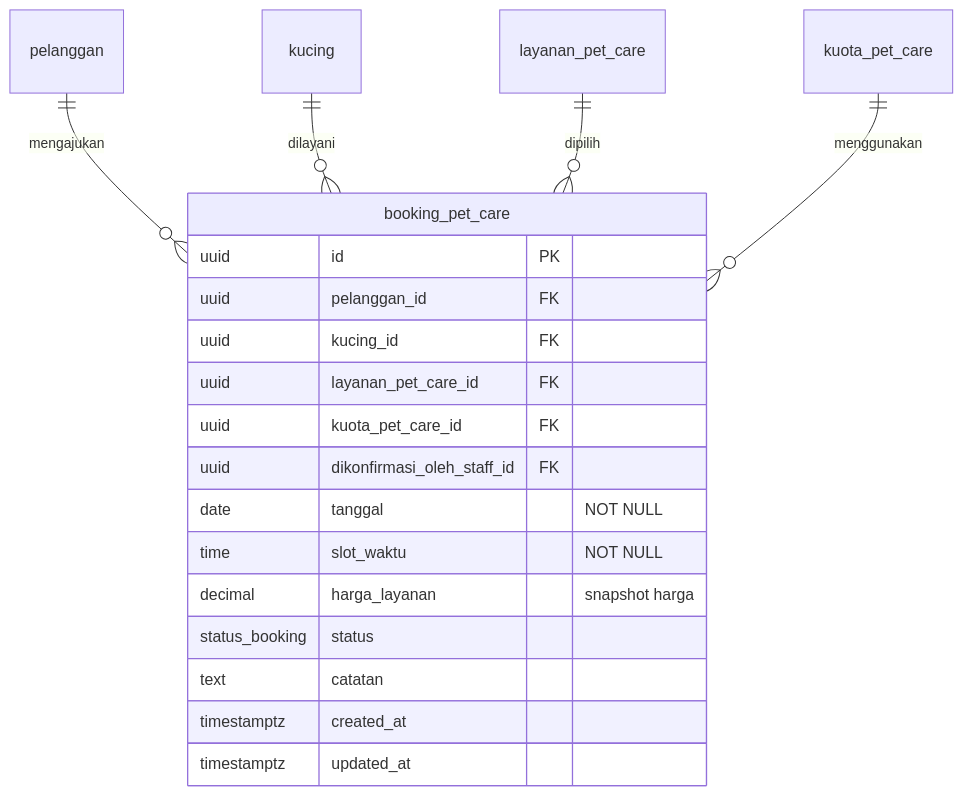
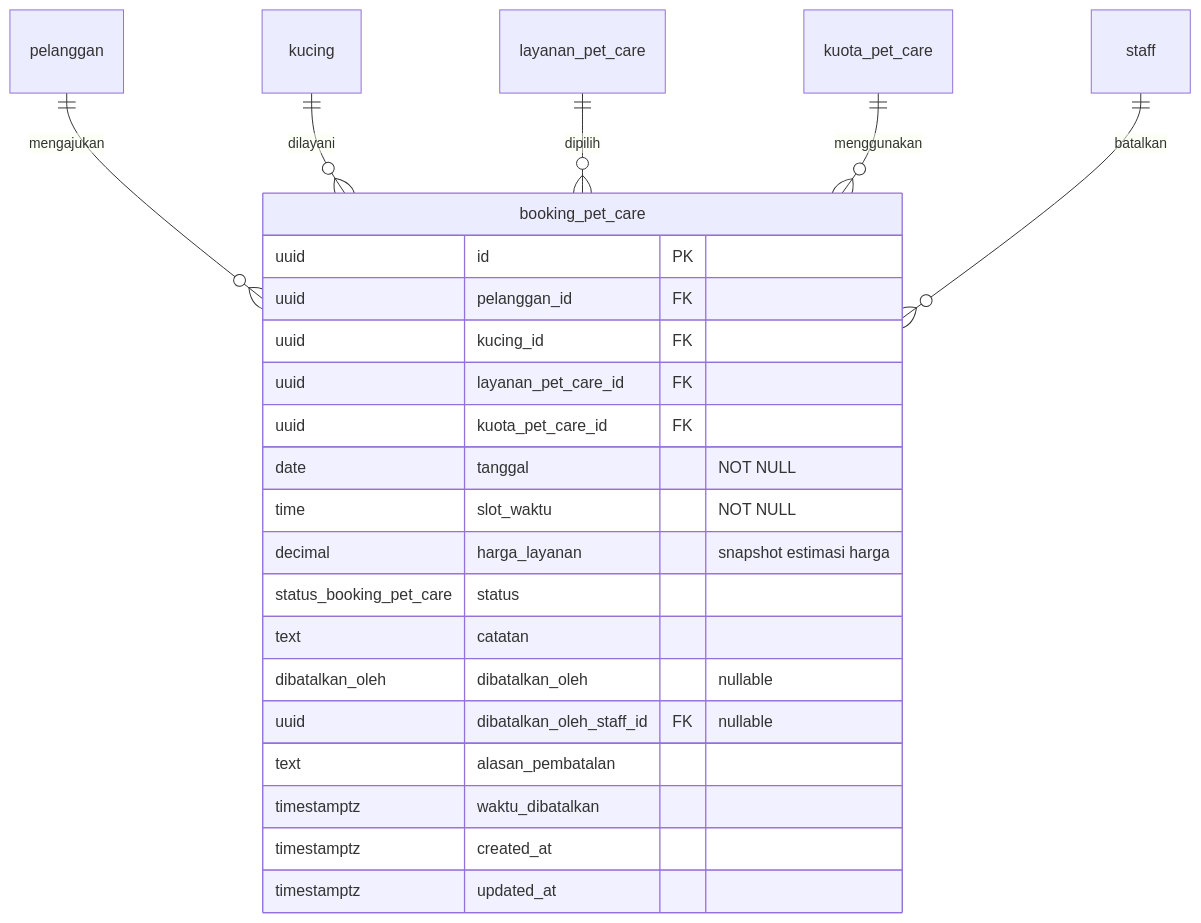
One commit to nonamebkz/pet-hotel changed the seventh of 10 diagrams in diagrams/erd/erd-diagram.md. Above: the diagram before and after it, drawn with Mermaid. The commit also changed other lines of this file and 13 other files, not shown here.

````diff
--- a/diagrams/erd/erd-diagram.md
+++ b/diagrams/erd/erd-diagram.md
@@ -390,23 +388,27 @@
 ```mermaid
 erDiagram
     pelanggan ||--o{ booking_pet_care : mengajukan
     kucing ||--o{ booking_pet_care : dilayani
     layanan_pet_care ||--o{ booking_pet_care : dipilih
     kuota_pet_care ||--o{ booking_pet_care : menggunakan
+    staff ||--o{ booking_pet_care : "batalkan"
 
     booking_pet_care {
         uuid id PK
         uuid pelanggan_id FK
         uuid kucing_id FK
         uuid layanan_pet_care_id FK
         uuid kuota_pet_care_id FK
-        uuid dikonfirmasi_oleh_staff_id FK
         date tanggal "NOT NULL"
         time slot_waktu "NOT NULL"
-        decimal harga_layanan "snapshot harga"
-        status_booking status
+        decimal harga_layanan "snapshot estimasi harga"
+        status_booking_pet_care status
         text catatan
+        dibatalkan_oleh dibatalkan_oleh "nullable"
+        uuid dibatalkan_oleh_staff_id FK "nullable"
+        text alasan_pembatalan
+        timestamptz waktu_dibatalkan
         timestamptz created_at
         timestamptz updated_at
     }
 ```
````
